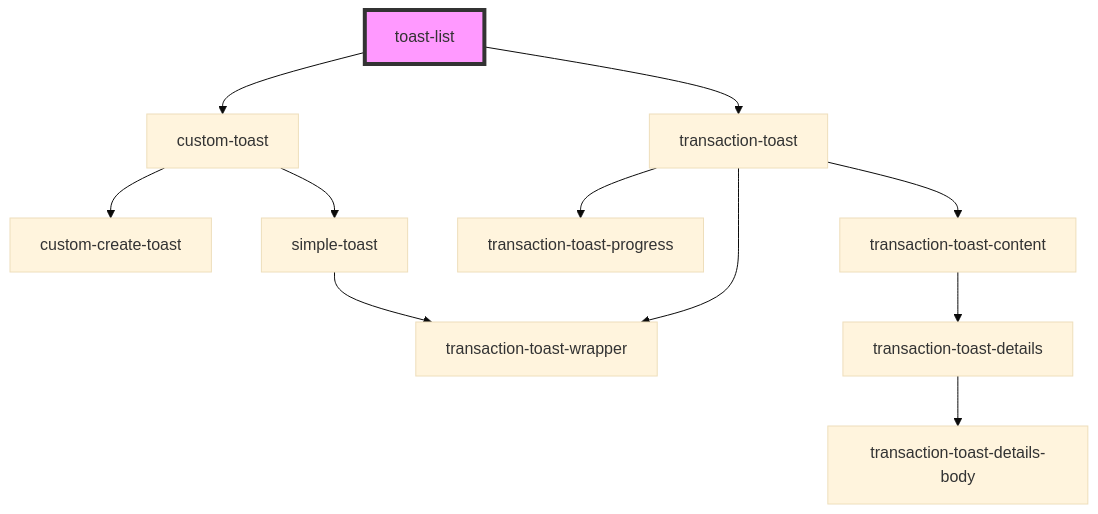
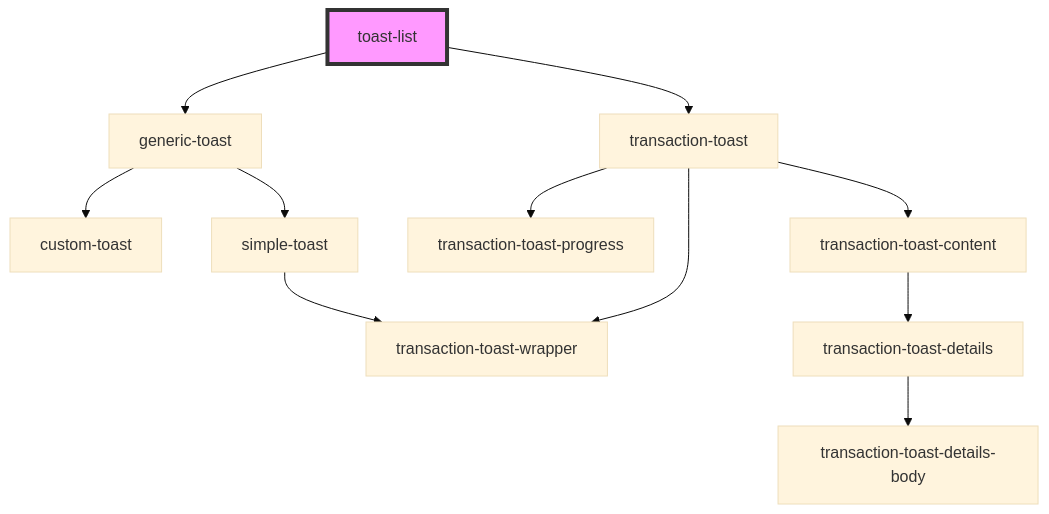
Before and after one commit to multiversx/mx-sdk-dapp-ui: the diagram in src/components/toasts-list/readme.md, drawn with Mermaid (base theme). The commit also changed other lines of this file and 12 other files, not shown here.

````diff
--- a/src/components/toasts-list/readme.md
+++ b/src/components/toasts-list/readme.md
@@ -35,14 +35,14 @@
 ```mermaid
 graph TD;
-  toast-list --> custom-toast
+  toast-list --> generic-toast
   toast-list --> transaction-toast
-  custom-toast --> custom-create-toast
-  custom-toast --> simple-toast
+  generic-toast --> custom-toast
+  generic-toast --> simple-toast
   simple-toast --> transaction-toast-wrapper
   transaction-toast --> transaction-toast-wrapper
   transaction-toast --> transaction-toast-progress
   transaction-toast --> transaction-toast-content
   transaction-toast-content --> transaction-toast-details
   transaction-toast-details --> transaction-toast-details-body
   style toast-list fill:#f9f,stroke:#333,stroke-width:4px
 ```
````
